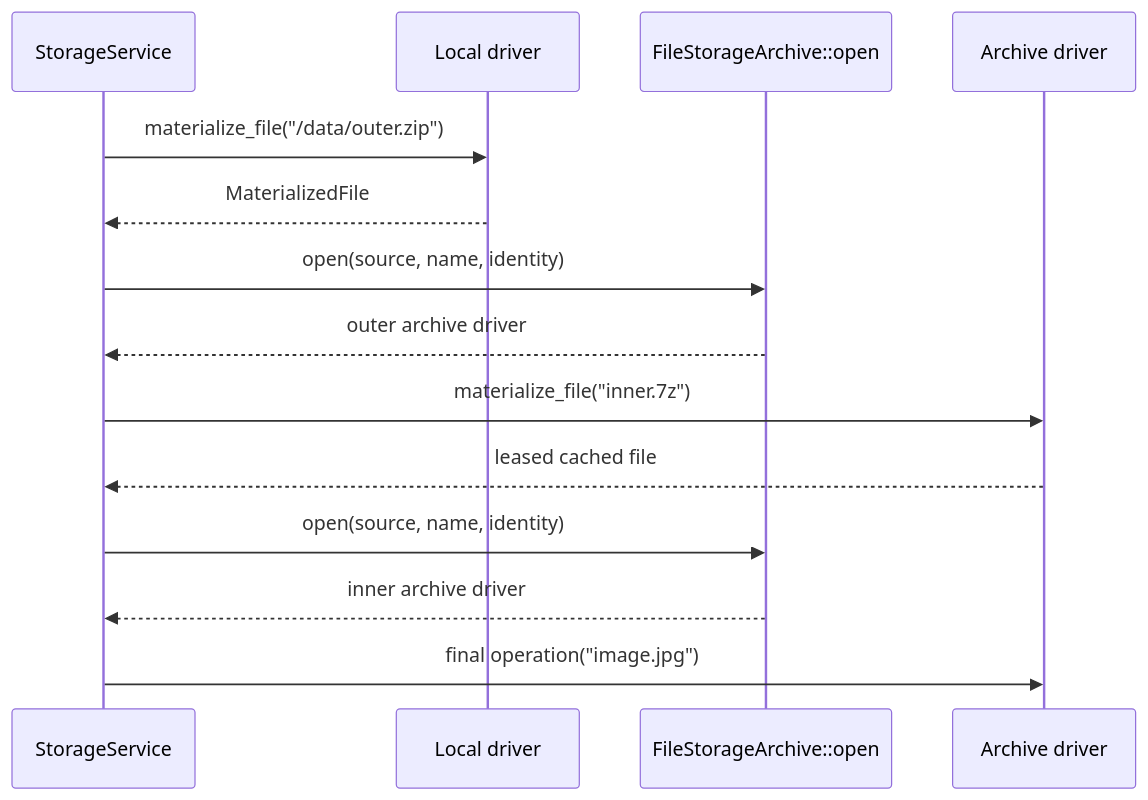
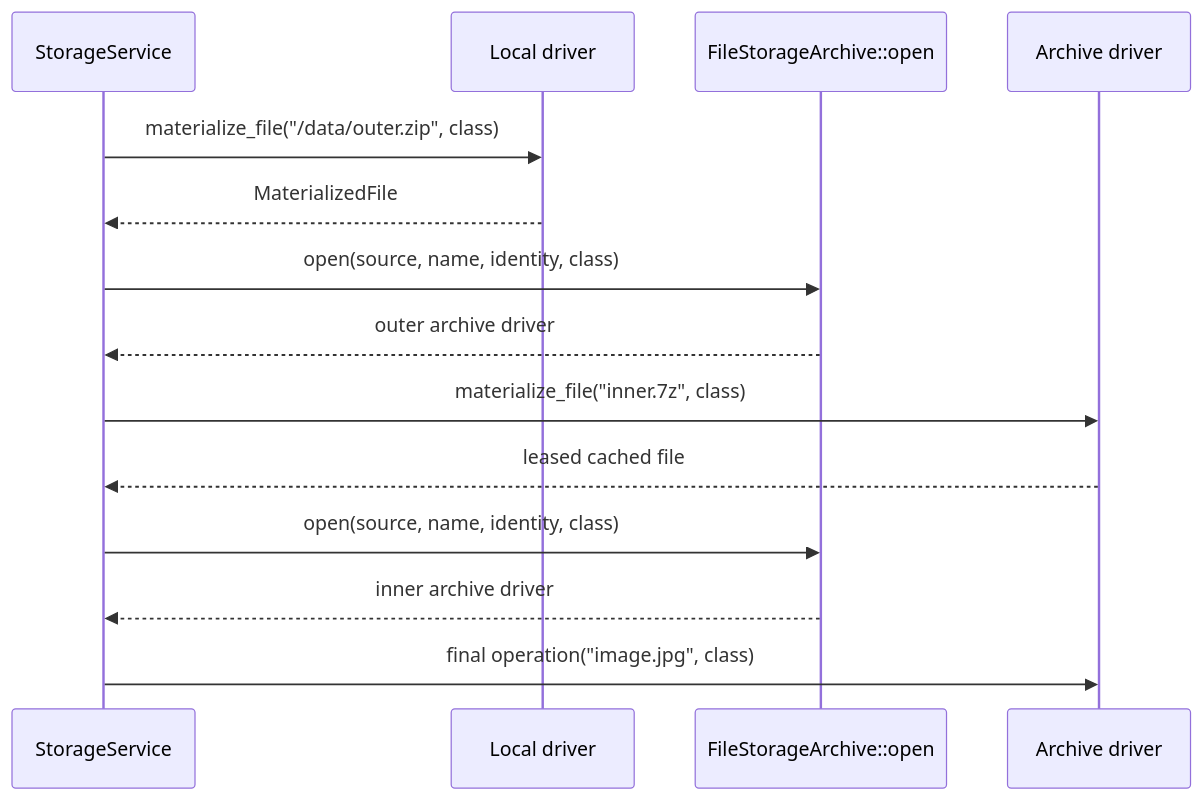
One commit to omnius-labs/pxna changed the second of 2 diagrams in docs/design/storage.md. Above: the diagram before and after it, drawn with Mermaid. The commit also changed other lines of this file and 28 other files, not shown here.

````diff
--- a/docs/design/storage.md
+++ b/docs/design/storage.md
@@ -99,17 +99,17 @@
 ```mermaid
 sequenceDiagram
     participant S as StorageService
     participant L as Local driver
     participant F as FileStorageArchive::open
     participant A as Archive driver
 
-    S->>L: materialize_file("/data/outer.zip")
+    S->>L: materialize_file("/data/outer.zip", class)
     L-->>S: MaterializedFile
-    S->>F: open(source, name, identity)
+    S->>F: open(source, name, identity, class)
     F-->>S: outer archive driver
-    S->>A: materialize_file("inner.7z")
+    S->>A: materialize_file("inner.7z", class)
     A-->>S: leased cached file
-    S->>F: open(source, name, identity)
+    S->>F: open(source, name, identity, class)
     F-->>S: inner archive driver
-    S->>A: final operation("image.jpg")
+    S->>A: final operation("image.jpg", class)
 ```
````
